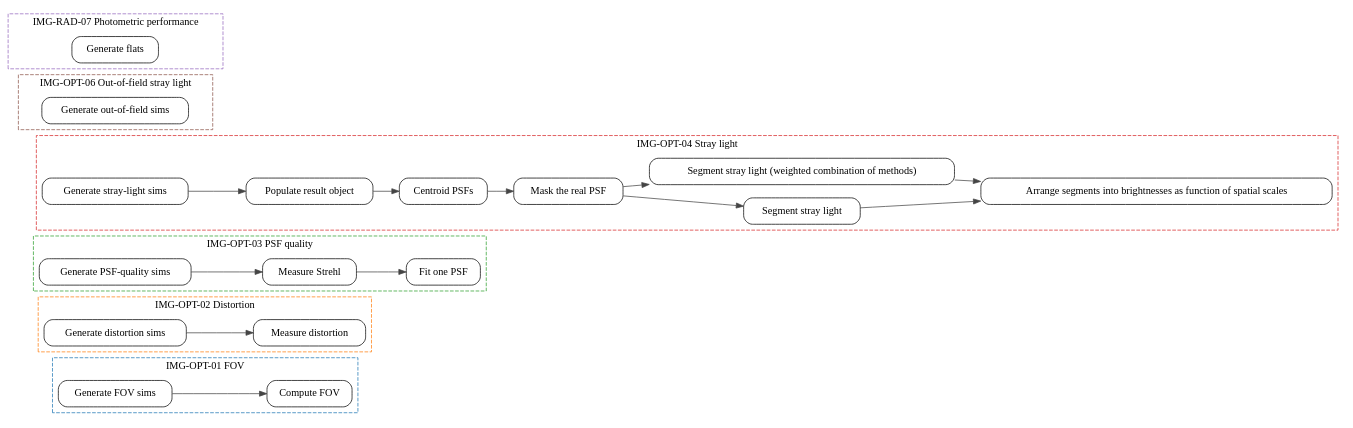
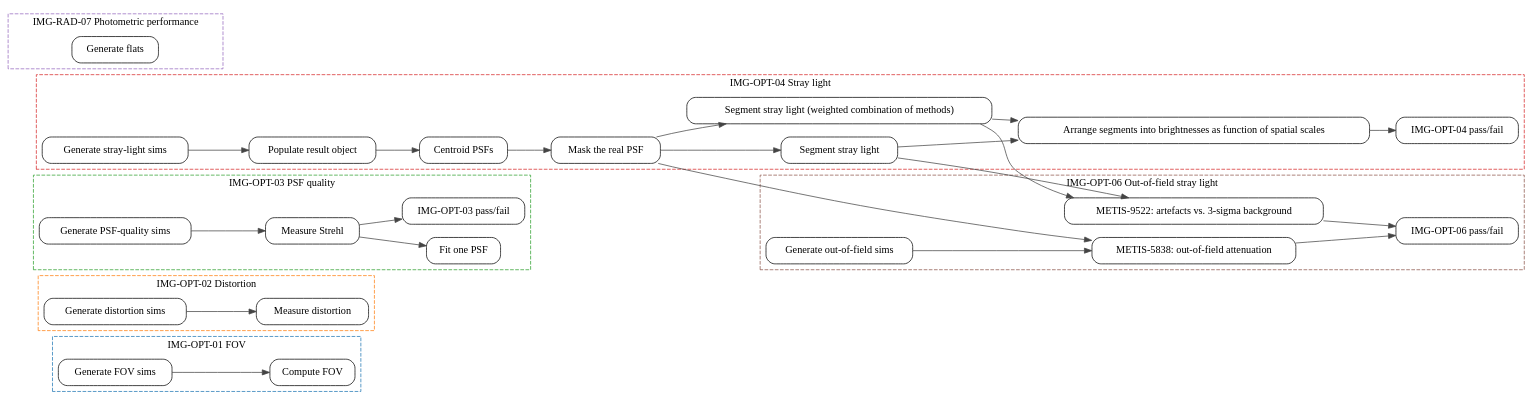
One commit to mwanakijiji/metis_work changed the diagram in docs/uml/pipeline_flow.dot. Above: the diagram before and after it, drawn with Graphviz. The commit also changed 13 other files, not shown here.

```diff
--- a/docs/uml/pipeline_flow.dot
+++ b/docs/uml/pipeline_flow.dot
@@ -1,86 +1,104 @@
 digraph pipeline {
   rankdir=LR;
   node [shape=box, style="rounded,filled", fillcolor="white"];
   edge [color="#444444"];
 
   subgraph cluster_img_opt_01_fov {
     label="IMG-OPT-01 FOV";
     style="dashed";
     color="#1f77b4";
     generate_fov_sim;
     fov_calc;
   }
 
   subgraph cluster_img_opt_02_distortion {
     label="IMG-OPT-02 Distortion";
     style="dashed";
     color="#ff7f0e";
     generate_distortion_sim;
     image_distortion;
   }
 
   subgraph cluster_img_opt_03_psf_quality {
     label="IMG-OPT-03 PSF quality";
     style="dashed";
     color="#2ca02c";
     generate_psf_quality_sim;
     process_one_psf;
     strehl_psfs;
+    img_03_test_outcome;
   }
 
   subgraph cluster_img_opt_04_stray_light {
     label="IMG-OPT-04 Stray light";
     style="dashed";
     color="#d62728";
     generate_stray_light_sim;
     populate_result_obj_info;
     stray_light_brightness_spectrum;
+    img_04_test_outcome;
     centroid_2passes_oversample;
     stray_light_segmentation;
     stray_light_segmentation_combined;
     stray_light_mask_real;
   }
 
   subgraph cluster_img_opt_06_out_of_field_stray_light {
     label="IMG-OPT-06 Out-of-field stray light";
     style="dashed";
     color="#8c564b";
     generate_out_of_field_sim;
+    metis_5838_attenuation;
+    metis_9522_check;
+    img_06_test_outcome;
   }
 
   subgraph cluster_img_rad_07_photometric_performance {
     label="IMG-RAD-07 Photometric performance";
     style="dashed";
     color="#9467bd";
     make_flat_frames;
   }
 
   generate_fov_sim [label="Generate FOV sims"];
   generate_distortion_sim [label="Generate distortion sims"];
   generate_psf_quality_sim [label="Generate PSF-quality sims"];
   generate_stray_light_sim [label="Generate stray-light sims"];
   generate_out_of_field_sim [label="Generate out-of-field sims"];
   make_flat_frames [label="Generate flats"];
   fov_calc [label="Compute FOV"];
   image_distortion [label="Measure distortion"];
   process_one_psf [label="Fit one PSF"];
   strehl_psfs [label="Measure Strehl"];
+  img_03_test_outcome [label="IMG-OPT-03 pass/fail"];
   populate_result_obj_info [label="Populate result object"];
   stray_light_brightness_spectrum [label="Arrange segments into brightnesses as function of spatial scales"];
+  img_04_test_outcome [label="IMG-OPT-04 pass/fail"];
   centroid_2passes_oversample [label="Centroid PSFs"];
   stray_light_segmentation [label="Segment stray light"];
   stray_light_segmentation_combined [label="Segment stray light (weighted combination of methods)"];
   stray_light_mask_real [label="Mask the real PSF"];
+  metis_5838_attenuation [label="METIS-5838: out-of-field attenuation"];
+  metis_9522_check [label="METIS-9522: artefacts vs. 3-sigma background"];
+  img_06_test_outcome [label="IMG-OPT-06 pass/fail"];
 
   generate_fov_sim -> fov_calc;
   generate_distortion_sim -> image_distortion;
   strehl_psfs -> process_one_psf;
   generate_psf_quality_sim -> strehl_psfs;
+  strehl_psfs -> img_03_test_outcome;
   generate_stray_light_sim -> populate_result_obj_info;
   stray_light_segmentation -> stray_light_brightness_spectrum;
   stray_light_segmentation_combined -> stray_light_brightness_spectrum;
+  stray_light_brightness_spectrum -> img_04_test_outcome;
   populate_result_obj_info -> centroid_2passes_oversample;
   stray_light_mask_real -> stray_light_segmentation;
   stray_light_mask_real -> stray_light_segmentation_combined;
   centroid_2passes_oversample -> stray_light_mask_real;
+  generate_out_of_field_sim -> metis_5838_attenuation;
+  stray_light_mask_real -> metis_5838_attenuation;
+  stray_light_segmentation -> metis_9522_check;
+  stray_light_segmentation_combined -> metis_9522_check;
+  metis_5838_attenuation -> img_06_test_outcome;
+  metis_9522_check -> img_06_test_outcome;
 }
```
